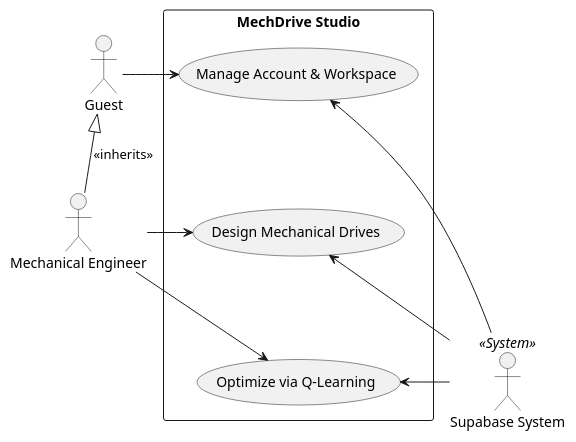
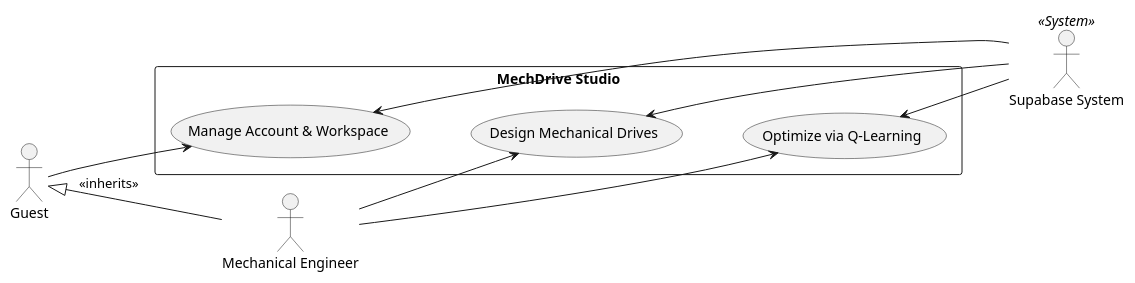
The diagram in docs/uml/uc_high_level.puml (dvydinh/mechdrive), drawn with PlantUML before and after one commit. The commit also changed 7 other files, not shown here.

```diff
--- a/docs/uml/uc_high_level.puml
+++ b/docs/uml/uc_high_level.puml
@@ -1,27 +1,28 @@
 @startuml
+left to right direction
 skinparam packageStyle rectangle
 
 actor "Guest" as guest
 actor "Mechanical Engineer" as eng
 actor "Supabase System" as supa << System >>
 
 package "MechDrive Studio" {
   usecase "Manage Account & Workspace" as UC1
   usecase "Design Mechanical Drives" as UC2
   usecase "Optimize via Q-Learning" as UC3
 }
 
 UC1 -[hidden]down-> UC2
 UC2 -[hidden]down-> UC3
 
 guest <|- eng : <<inherits>>
 
-guest -right-> UC1
-eng -right-> UC2
-eng -right-> UC3
+guest --> UC1
+eng --> UC2
+eng --> UC3
 
-supa -left-> UC1
-supa -left-> UC2
-supa -left-> UC3
+UC1 <-- supa
+UC2 <-- supa
+UC3 <-- supa
 
 @enduml
```
